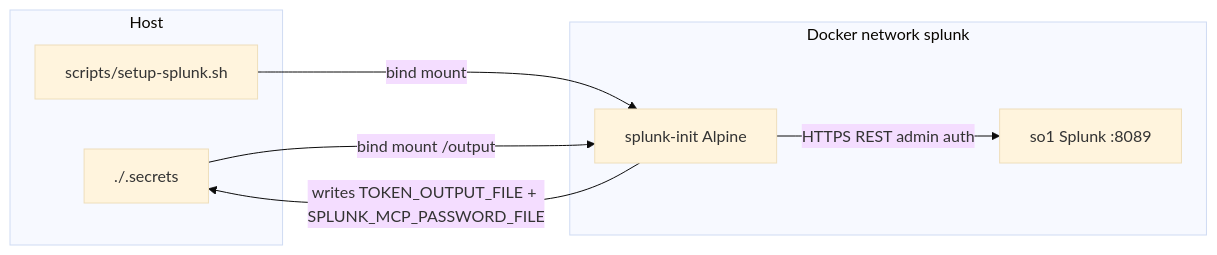
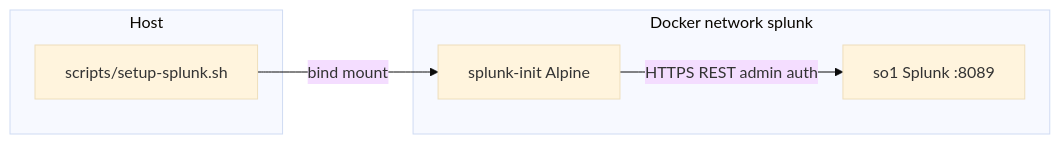
One commit to dd-Splunk/splunk-mcp changed the first of 3 diagrams in docs/SETUP_SPLUNK_SCRIPT.md. Above: the diagram before and after it, drawn with Mermaid (base theme). The commit also changed other lines of this file and 27 other files, not shown here.

````diff
--- a/docs/SETUP_SPLUNK_SCRIPT.md
+++ b/docs/SETUP_SPLUNK_SCRIPT.md
@@ -22,15 +22,12 @@
 ```mermaid
 flowchart LR
   subgraph host["Host"]
-    secrets["./.secrets"]
     script["scripts/setup-splunk.sh"]
   end
   subgraph docker["Docker network splunk"]
     so1["so1 Splunk :8089"]
     init["splunk-init Alpine"]
   end
   script -->|"bind mount"| init
-  secrets -->|"bind mount /output"| init
   init -->|"HTTPS REST admin auth"| so1
-  init -->|"writes TOKEN_OUTPUT_FILE + SPLUNK_MCP_PASSWORD_FILE"| secrets
 ```
````
